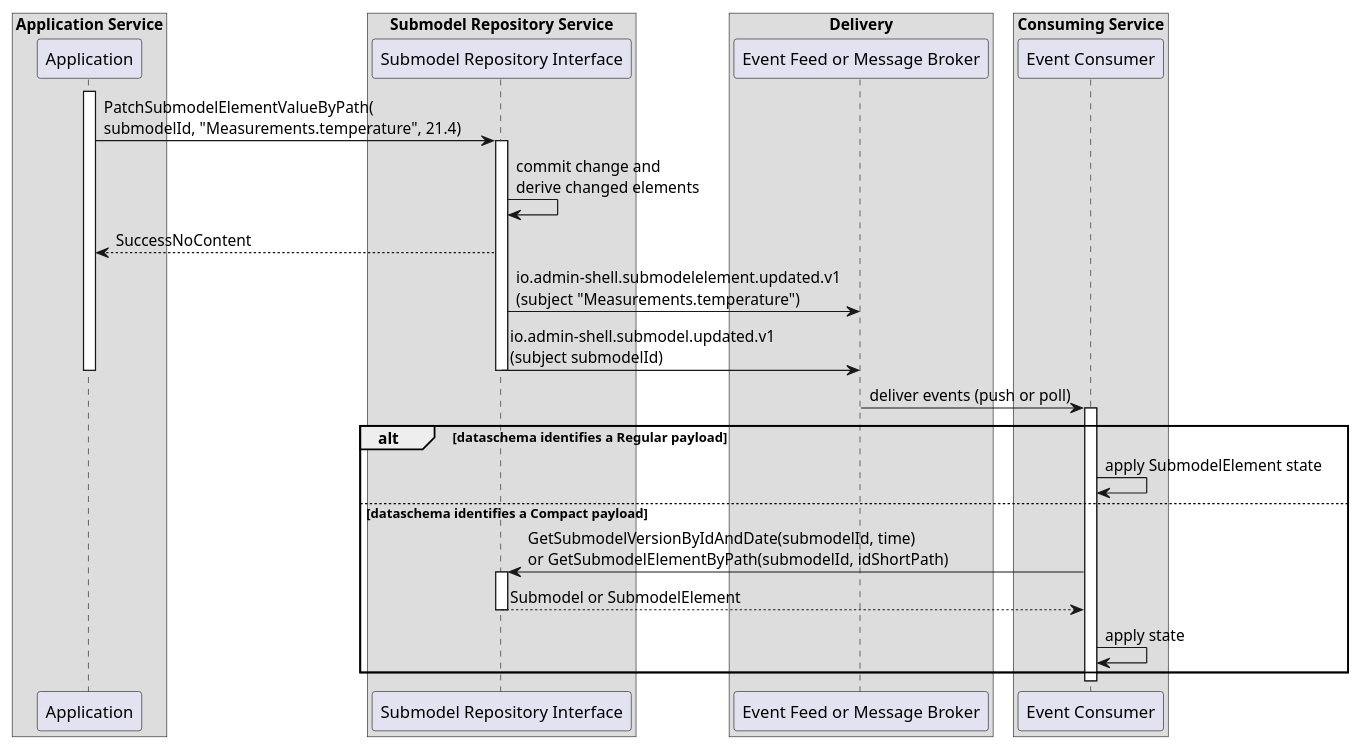
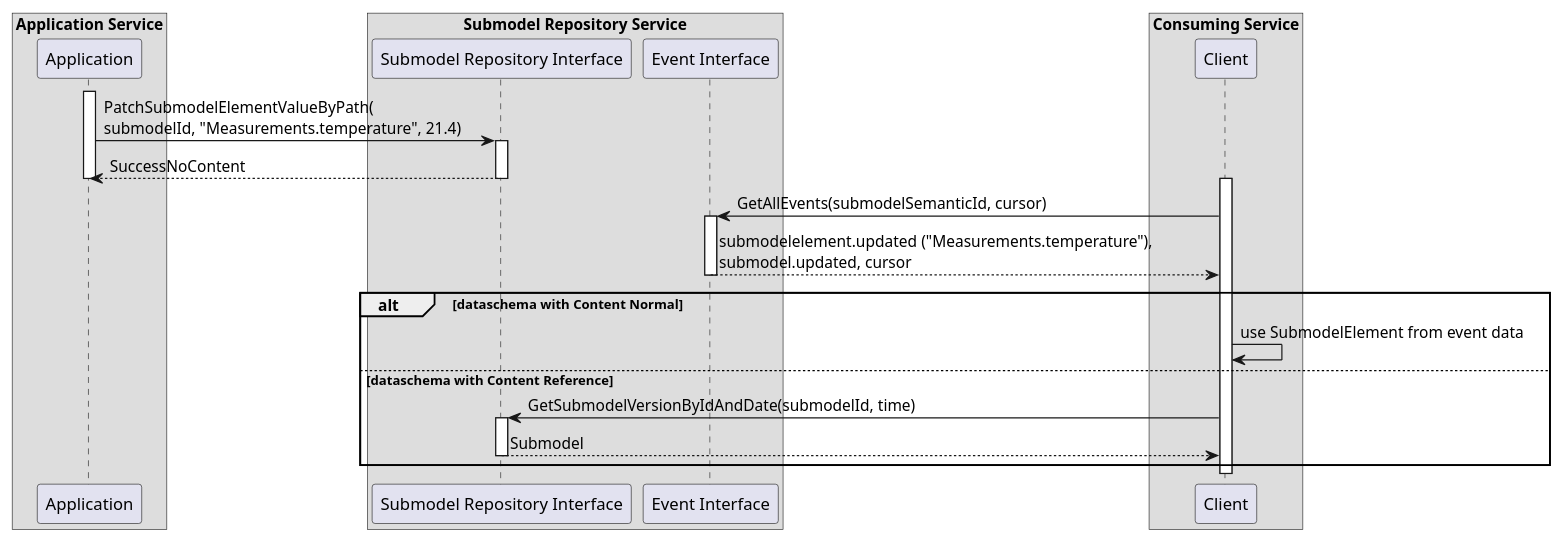
Before and after one commit to aaronzi/aas-specs-api: the diagram in documentation/IDTA-01002-3/modules/ROOT/partials/diagrams/eventing-seq-submodel-element-update.puml, drawn with PlantUML. The commit also changed 8 other files, not shown here.

```diff
--- a/documentation/IDTA-01002-3/modules/ROOT/partials/diagrams/eventing-seq-submodel-element-update.puml
+++ b/documentation/IDTA-01002-3/modules/ROOT/partials/diagrams/eventing-seq-submodel-element-update.puml
@@ -1,44 +1,40 @@
 @startuml
 
 box "Application Service"
-participant Client as "Application"
+participant App as "Application"
 end box
 
 box "Submodel Repository Service"
   participant SMService as "Submodel Repository Interface"
-end box
-
-box "Delivery"
-  participant Channel as "Event Feed or Message Broker"
+  participant EventService as "Event Interface"
 end box
 
 box "Consuming Service"
-  participant Consumer as "Event Consumer"
+  participant Client as "Client"
 end box
 
+activate App
+App -> SMService : PatchSubmodelElementValueByPath(\nsubmodelId, "Measurements.temperature", 21.4)
+activate SMService
+App <-- SMService : SuccessNoContent
+deactivate SMService
+deactivate App
+
 activate Client
-Client -> SMService : PatchSubmodelElementValueByPath(\nsubmodelId, "Measurements.temperature", 21.4)
-activate SMService
-SMService -> SMService : commit change and\nderive changed elements
-Client <-- SMService : SuccessNoContent
-SMService -> Channel : io.admin-shell.submodelelement.updated.v1\n(subject "Measurements.temperature")
-SMService -> Channel : io.admin-shell.submodel.updated.v1\n(subject submodelId)
-deactivate SMService
+Client -> EventService : GetAllEvents(submodelSemanticId, cursor)
+activate EventService
+Client <-- EventService : submodelelement.updated ("Measurements.temperature"),\nsubmodel.updated, cursor
+deactivate EventService
+
+alt dataschema with Content Normal
+  Client -> Client : use SubmodelElement from event data
+else dataschema with Content Reference
+  Client -> SMService : GetSubmodelVersionByIdAndDate(submodelId, time)
+  activate SMService
+  Client <-- SMService : Submodel
+  deactivate SMService
+end
+
 deactivate Client
 
-Channel -> Consumer : deliver events (push or poll)
-activate Consumer
-
-alt dataschema identifies a Regular payload
-  Consumer -> Consumer : apply SubmodelElement state
-else dataschema identifies a Compact payload
-  Consumer -> SMService : GetSubmodelVersionByIdAndDate(submodelId, time)\nor GetSubmodelElementByPath(submodelId, idShortPath)
-  activate SMService
-  Consumer <-- SMService : Submodel or SubmodelElement
-  deactivate SMService
-  Consumer -> Consumer : apply state
-end
-
-deactivate Consumer
-
 @enduml
```
